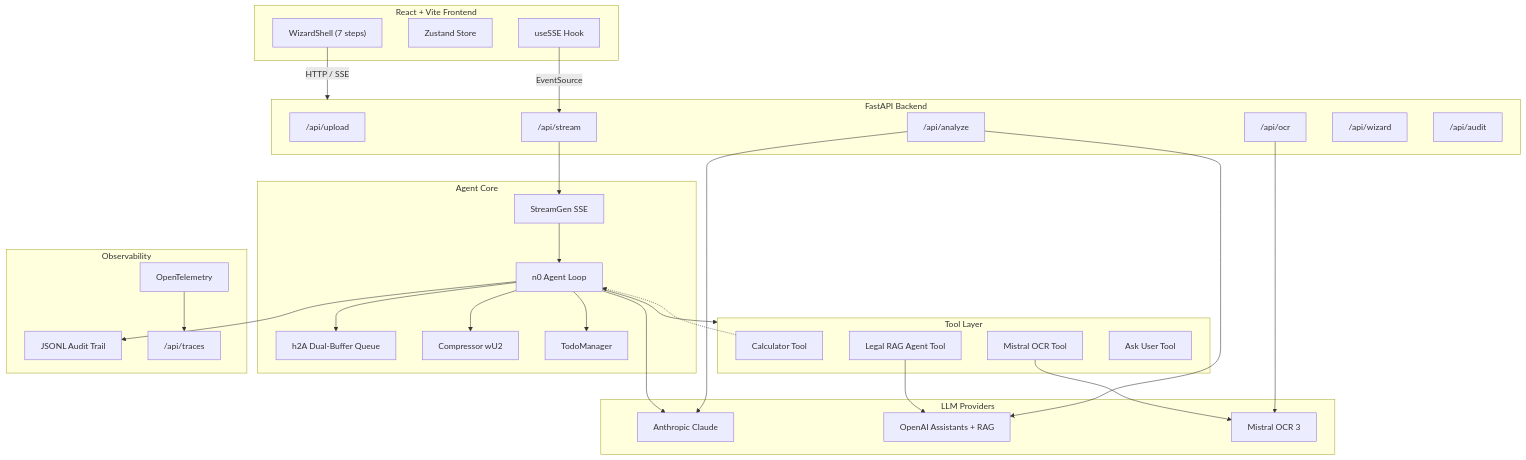
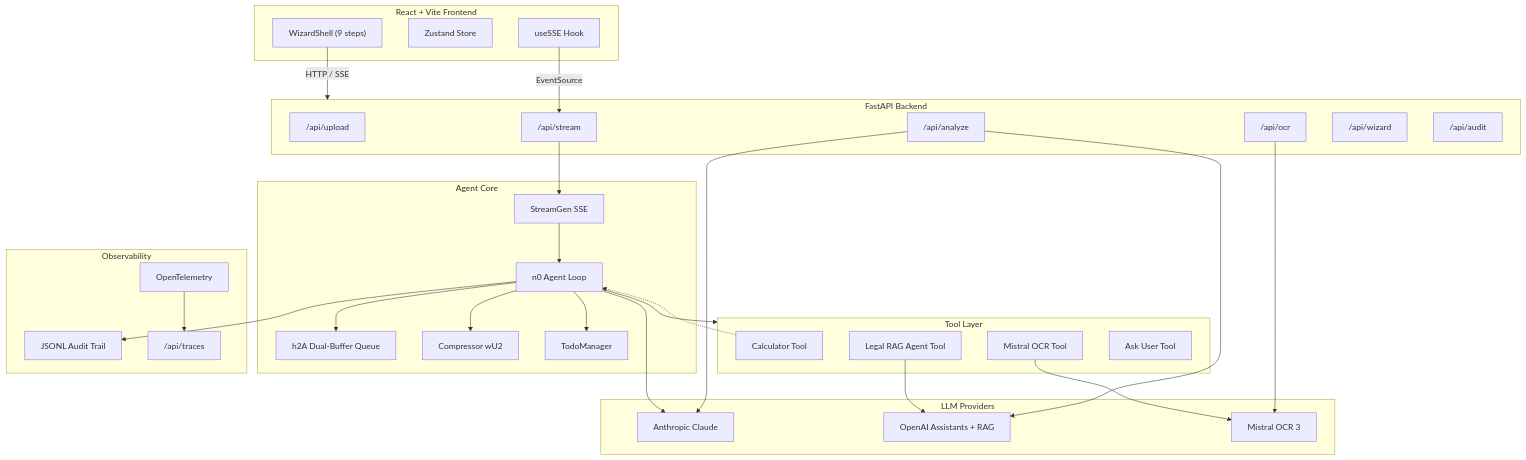
One commit to Francisco-Reveriano/Taxy changed the diagram in README.md. Above: the diagram before and after it, drawn with Mermaid. The commit also changed other lines of this file, not shown here.

````diff
--- a/README.md
+++ b/README.md
@@ -25,62 +30,62 @@
 ```mermaid
 flowchart TB
     subgraph frontend [React + Vite Frontend]
-        Wizard["WizardShell (7 steps)"]
+        Wizard["WizardShell (9 steps)"]
         Store["Zustand Store"]
         SSEHook["useSSE Hook"]
     end
 
     subgraph fastapi [FastAPI Backend]
         Upload["/api/upload"]
         OCR["/api/ocr"]
         Analyze["/api/analyze"]
         Stream["/api/stream"]
         WizardAPI["/api/wizard"]
         Audit["/api/audit"]
     end
 
     subgraph agentCore [Agent Core]
         N0["n0 Agent Loop"]
         H2A["h2A Dual-Buffer Queue"]
         StreamGen["StreamGen SSE"]
         Compressor["Compressor wU2"]
         TodoMgr["TodoManager"]
     end
 
     subgraph tools [Tool Layer]
         CalcTool["Calculator Tool"]
         OCRTool["Mistral OCR Tool"]
         RAGTool["Legal RAG Agent Tool"]
         AskUser["Ask User Tool"]
     end
 
     subgraph llms [LLM Providers]
         Claude["Anthropic Claude"]
         OpenAI["OpenAI Assistants + RAG"]
         Mistral["Mistral OCR 3"]
     end
 
     subgraph observability [Observability]
         AuditLog["JSONL Audit Trail"]
         OTel["OpenTelemetry"]
         TracesAPI["/api/traces"]
     end
 
     Wizard -->|"HTTP / SSE"| fastapi
     SSEHook -->|"EventSource"| Stream
     Stream --> StreamGen
     StreamGen --> N0
     N0 --> H2A
     N0 --> TodoMgr
     N0 --> Compressor
     N0 --> tools
     CalcTool -.-> N0
     OCRTool --> Mistral
     RAGTool --> OpenAI
     N0 --> Claude
     Analyze --> Claude
     Analyze --> OpenAI
     OCR --> Mistral
     N0 --> AuditLog
     OTel --> TracesAPI
 ```
````
